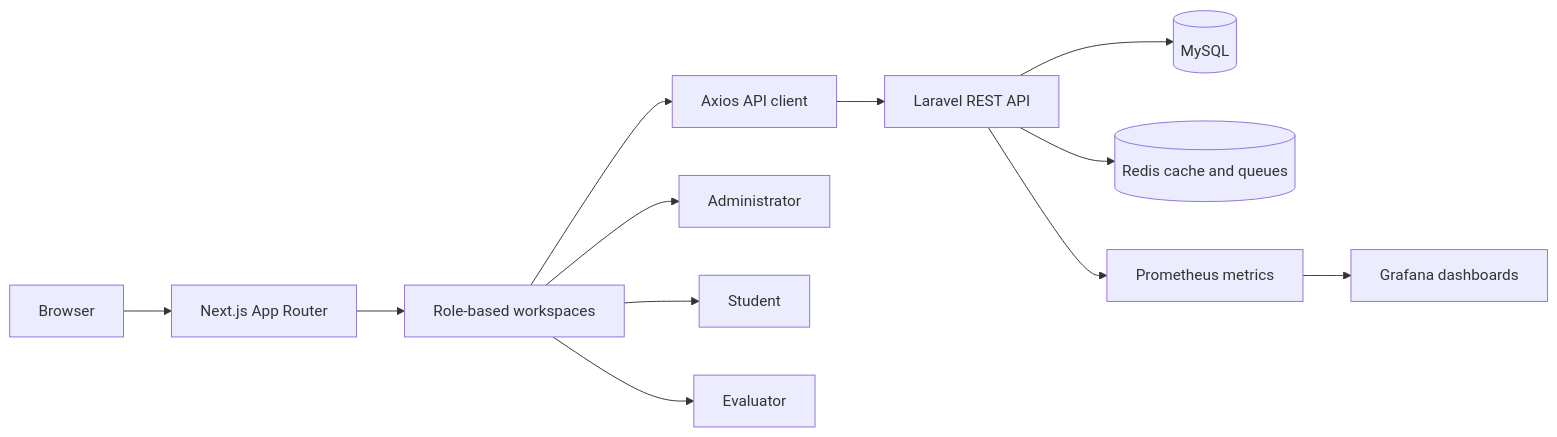
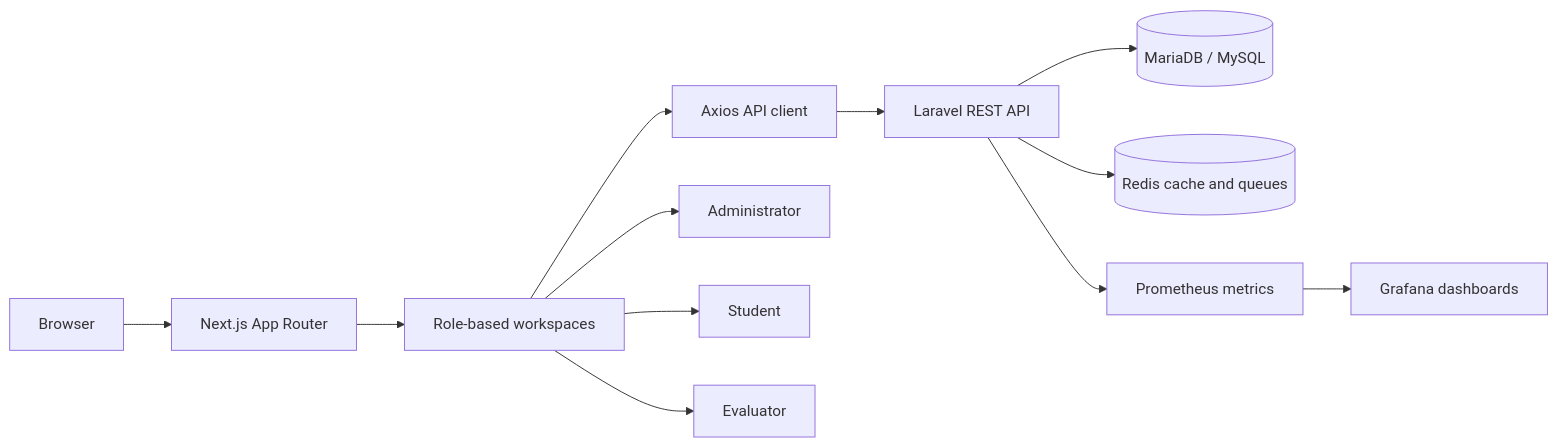
One commit to gonzalomartinperez/filomena-frontend changed the diagram in README.md. Above: the diagram before and after it, drawn with Mermaid. The commit also changed other lines of this file and 2 other files, not shown here.

````diff
--- a/README.md
+++ b/README.md
@@ -54,15 +56,15 @@
 ```mermaid
 flowchart LR
     U[Browser] --> N[Next.js App Router]
     N --> UI[Role-based workspaces]
     UI --> A[Axios API client]
     A --> B[Laravel REST API]
-    B --> M[(MySQL)]
+    B --> M[(MariaDB / MySQL)]
     B --> R[(Redis cache and queues)]
     B --> O[Prometheus metrics]
     O --> G[Grafana dashboards]
 
     UI --> ADM[Administrator]
     UI --> STU[Student]
     UI --> EVA[Evaluator]
 ```
````
